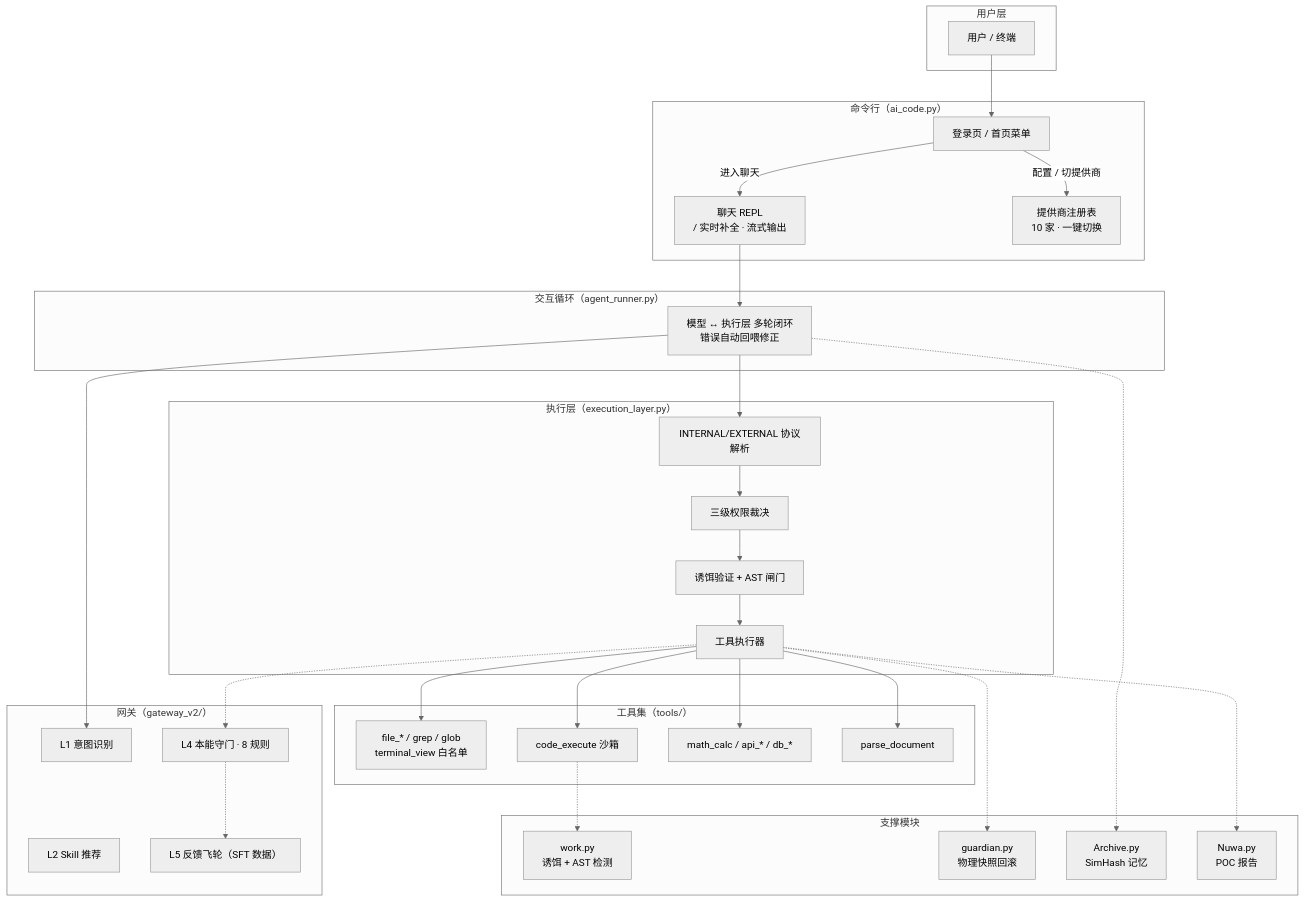
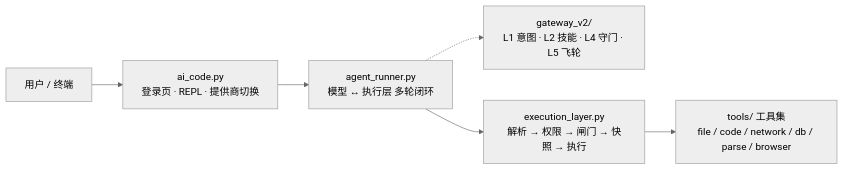
One commit to ace-code-engine/ace-agent changed the diagram in README.md. Above: the diagram before and after it, drawn with Mermaid (neutral theme). The commit also changed other lines of this file and 4 other files, not shown here.

````diff
--- a/README.md
+++ b/README.md
@@ -153,55 +125,11 @@
 ```mermaid
-flowchart TB
-    subgraph 用户层["用户层"]
-        U["用户 / 终端"]
-    end
-    subgraph ACE["命令行（ai_code.py）"]
-        L["登录页 / 首页菜单"]
-        R["聊天 REPL<br/>/ 实时补全 · 流式输出"]
-        P["提供商注册表<br/>10 家 · 一键切换"]
-    end
-    subgraph LOOP["交互循环（agent_runner.py）"]
-        C["模型 ↔ 执行层 多轮闭环<br/>错误自动回喂修正"]
-    end
-    subgraph GW["网关（gateway_v2/）"]
-        L1["L1 意图识别"]
-        L2["L2 Skill 推荐"]
-        L4["L4 本能守门 · 8 规则"]
-        L5["L5 反馈飞轮（SFT 数据）"]
-    end
-    subgraph EL["执行层（execution_layer.py）"]
-        PARSE["INTERNAL/EXTERNAL 协议解析"]
-        PERM["三级权限裁决"]
-        GATE["诱饵验证 + AST 闸门"]
-        EXEC["工具执行器"]
-    end
-    subgraph TOOLS["工具集（tools/）"]
-        T1["file_* / grep / glob<br/>terminal_view 白名单"]
-        T2["code_execute 沙箱"]
-        T3["math_calc / api_* / db_*"]
-        T4["parse_document"]
-    end
-    subgraph SUPPORT["支撑模块"]
-        W["work.py<br/>诱饵 + AST 检测"]
-        G["guardian.py<br/>物理快照回滚"]
-        A["Archive.py<br/>SimHash 记忆"]
-        N["Nuwa.py<br/>POC 报告"]
-    end
-
-    U --> L
-    L -->|进入聊天| R
-    L -->|配置 / 切提供商| P
-    R --> C
-    C --> L1
-    C --> PARSE
-    PARSE --> PERM
-    PERM --> GATE
-    GATE --> EXEC
-    EXEC --> T1 & T2 & T3 & T4
-    T2 -.-> W
-    EXEC -.-> L4
-    L4 -.-> L5
-    EXEC -.-> G
-    C -.-> A
-    EXEC -.-> N
+flowchart LR
+    U["用户 / 终端"]
+    CLI["ai_code.py<br/>登录页 · REPL · 提供商切换"]
+    LOOP["agent_runner.py<br/>模型 ↔ 执行层 多轮闭环"]
+    GW["gateway_v2/<br/>L1 意图 · L2 技能 · L4 守门 · L5 飞轮"]
+    EL["execution_layer.py<br/>解析 → 权限 → 闸门 → 快照 → 执行"]
+    T["tools/ 工具集<br/>file / code / network / db / parse / browser"]
+    U --> CLI --> LOOP --> EL --> T
+    LOOP -.-> GW
 ```
````
